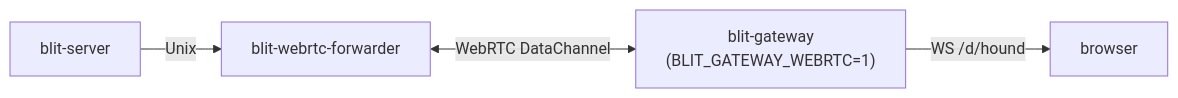
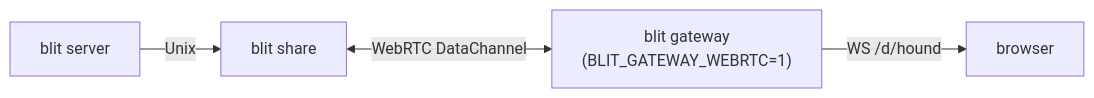
Before and after one commit to indent-com/blit: the ninth of 11 diagrams in ARCHITECTURE.md, drawn with Mermaid. The commit also changed other lines of this file and 101 other files, not shown here.

````diff
--- a/ARCHITECTURE.md
+++ b/ARCHITECTURE.md
@@ -180,6 +175,6 @@
 ```mermaid
 graph LR
-    S["blit-server"] -->|Unix| F["blit-webrtc-forwarder"]
-    F <-->|WebRTC DataChannel| G["blit-gateway\n(BLIT_GATEWAY_WEBRTC=1)"]
+    S["blit server"] -->|Unix| F["blit share"]
+    F <-->|WebRTC DataChannel| G["blit gateway\n(BLIT_GATEWAY_WEBRTC=1)"]
     G -->|"WS /d/hound"| B["browser"]
 ```
````
